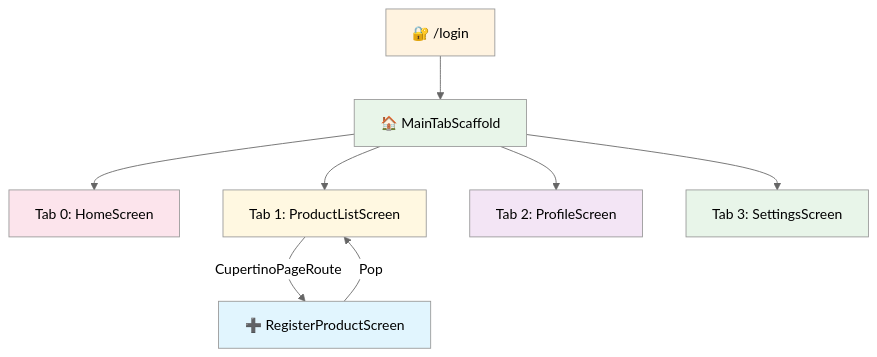
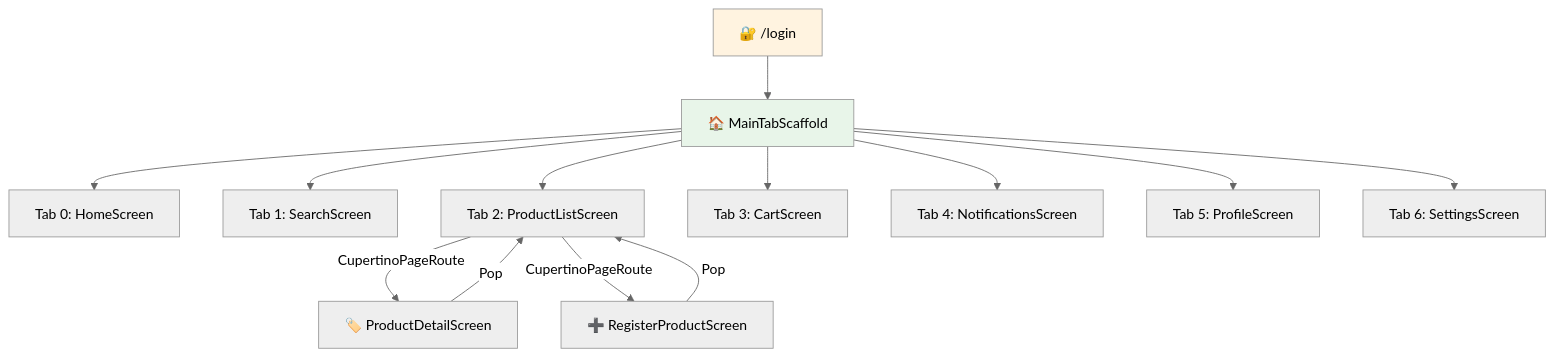
The fifth of 7 diagrams in docs/ARCHITECTURE.md (rafaelchuco/Tienda-Movil), drawn with Mermaid (neutral theme) before and after one commit. The commit also changed other lines of this file and 8 other files, not shown here.

````diff
--- a/docs/ARCHITECTURE.md
+++ b/docs/ARCHITECTURE.md
@@ -244,18 +252,18 @@
 ```mermaid
 graph TD
     A[🔐 /login] --> B[🏠 MainTabScaffold]
     B --> C[Tab 0: HomeScreen]
-    B --> D[Tab 1: ProductListScreen]
-    B --> E[Tab 2: ProfileScreen]
-    B --> F[Tab 3: SettingsScreen]
-    D --> |CupertinoPageRoute| G[➕ RegisterProductScreen]
-    G --> |Pop| D
+    B --> D[Tab 1: SearchScreen]
+    B --> E[Tab 2: ProductListScreen]
+    B --> F[Tab 3: CartScreen]
+    B --> G[Tab 4: NotificationsScreen]
+    B --> H[Tab 5: ProfileScreen]
+    B --> I[Tab 6: SettingsScreen]
+    E --> |CupertinoPageRoute| J[🏷️ ProductDetailScreen]
+    E --> |CupertinoPageRoute| K[➕ RegisterProductScreen]
+    J --> |Pop| E
+    K --> |Pop| E
     
     style A fill:#fff3e0
     style B fill:#e8f5e9
-    style C fill:#fce4ec
-    style D fill:#fff8e1
-    style E fill:#f3e5f5
-    style F fill:#e8f5e9
-    style G fill:#e1f5fe
 ```
````
